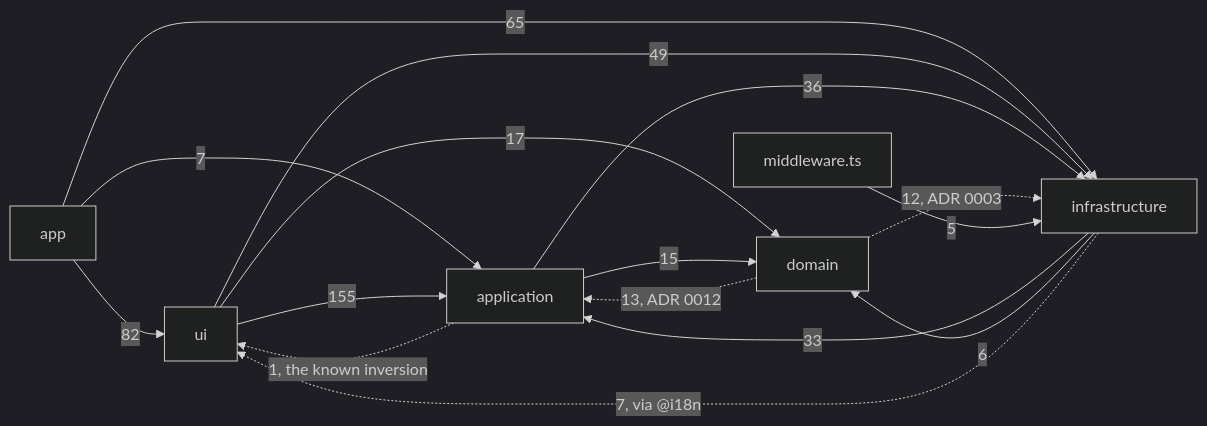
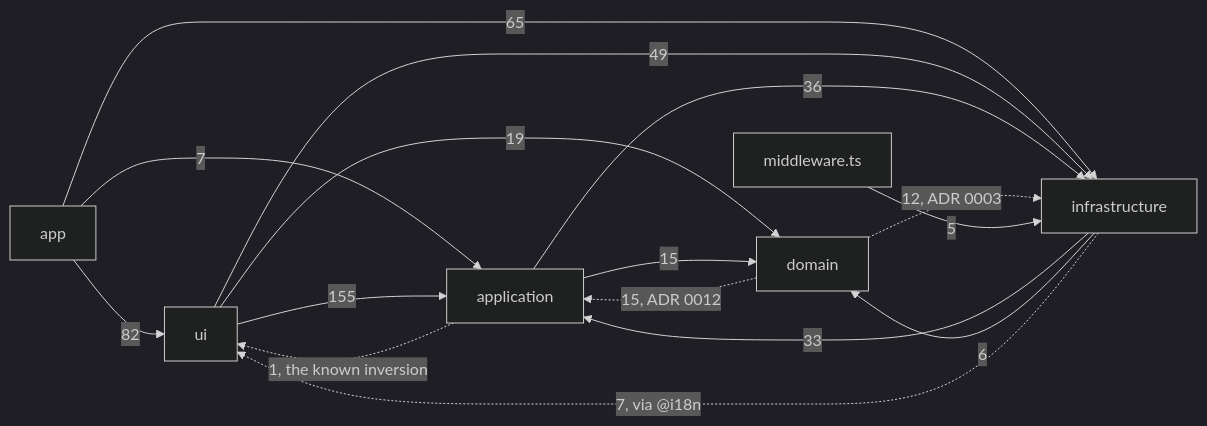
One commit to fbuireu/forever-pto changed the diagram in apps/docs/src/content/docs/architecture/overview.mdx. Above: the diagram before and after it, drawn with Mermaid (dark theme). The commit also changed other lines of this file and 7 other files, not shown here.

````diff
--- a/apps/docs/src/content/docs/architecture/overview.mdx
+++ b/apps/docs/src/content/docs/architecture/overview.mdx
@@ -47,24 +47,24 @@
 ```mermaid
 flowchart LR
   APP[app]
   UI[ui]
   APPL[application]
   DOM[domain]
   INFRA[infrastructure]
   MW[middleware.ts]
   APP -->|82| UI
   APP -->|7| APPL
   APP -->|65| INFRA
   UI -->|155| APPL
-  UI -->|17| DOM
+  UI -->|19| DOM
   UI -->|49| INFRA
   APPL -->|15| DOM
   APPL -->|36| INFRA
   APPL -.->|1, the known inversion| UI
-  DOM -.->|13, ADR 0012| APPL
+  DOM -.->|15, ADR 0012| APPL
   DOM -.->|12, ADR 0003| INFRA
   INFRA -->|33| APPL
   INFRA -->|6| DOM
   INFRA -.->|7, via @i18n| UI
   MW -->|5| INFRA
 ```
````
